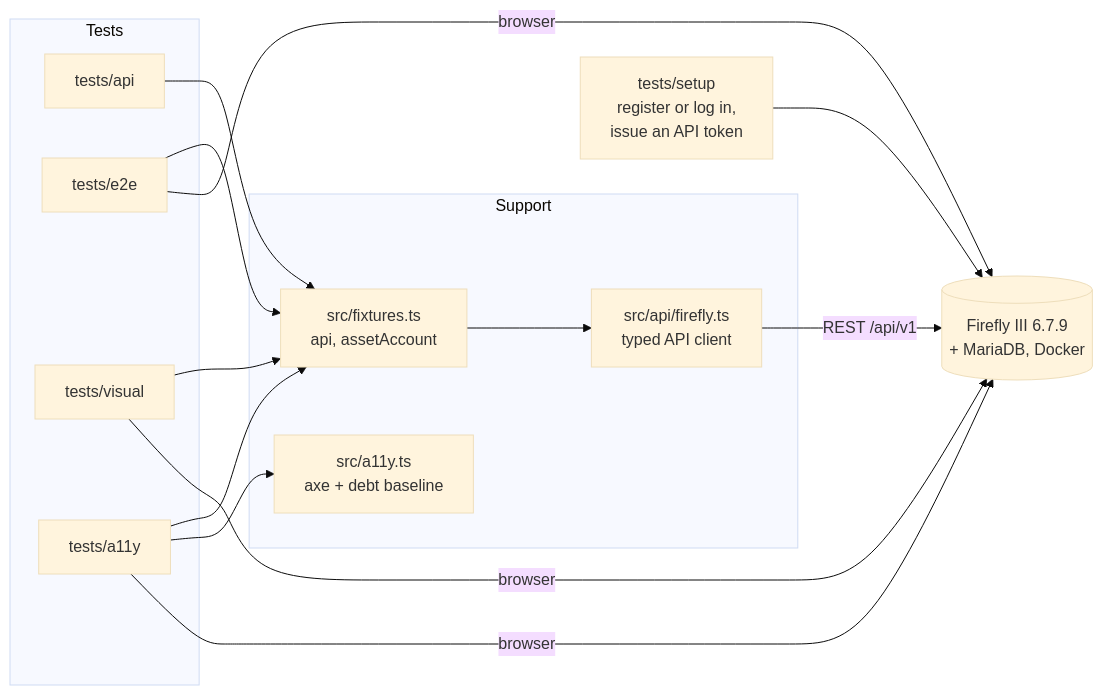
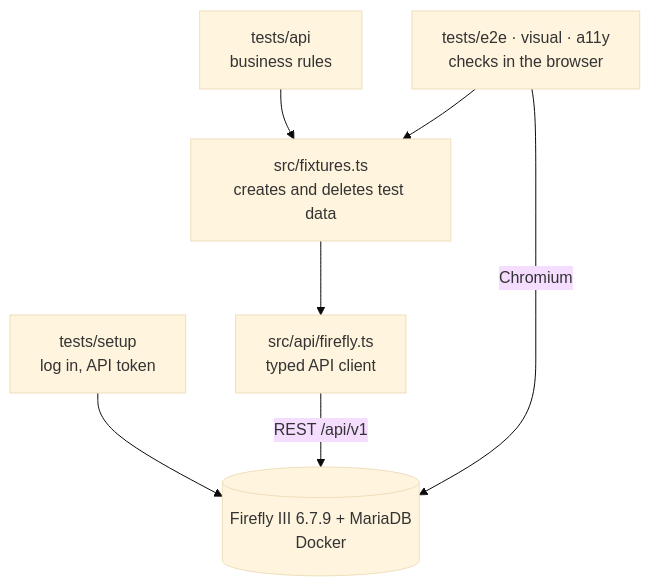
The diagram in README.md (emmanuelplougoulm/firefly-iii-playwright), drawn with Mermaid (base theme) before and after one commit.

Commit message:
docs: simplify the architecture diagram

````diff
--- a/README.md
+++ b/README.md
@@ -18,28 +18,16 @@
 ```mermaid
-flowchart LR
-  subgraph Tests
-    API[tests/api]
-    E2E[tests/e2e]
-    VIS[tests/visual]
-    A11Y[tests/a11y]
-  end
-  subgraph Support
-    FIX[src/fixtures.ts<br/>api, assetAccount]
-    CLIENT[src/api/firefly.ts<br/>typed API client]
-    AXE[src/a11y.ts<br/>axe + debt baseline]
-  end
-  SETUP[tests/setup<br/>register or log in,<br/>issue an API token]
-  APP[(Firefly III 6.7.9<br/>+ MariaDB, Docker)]
+flowchart TB
+  SETUP["tests/setup<br/>log in, API token"]
+  API["tests/api<br/>business rules"]
+  UI["tests/e2e · visual · a11y<br/>checks in the browser"]
+  FIX["src/fixtures.ts<br/>creates and deletes test data"]
+  CLIENT["src/api/firefly.ts<br/>typed API client"]
+  APP[("Firefly III 6.7.9 + MariaDB<br/>Docker")]
 
   SETUP --> APP
   API --> FIX
-  E2E --> FIX
-  VIS --> FIX
-  A11Y --> FIX
-  A11Y --> AXE
+  UI --> FIX
   FIX --> CLIENT
-  CLIENT -- REST /api/v1 --> APP
-  E2E -- browser --> APP
-  VIS -- browser --> APP
-  A11Y -- browser --> APP
+  CLIENT -- "REST /api/v1" --> APP
+  UI -- "Chromium" --> APP
 ```
````
